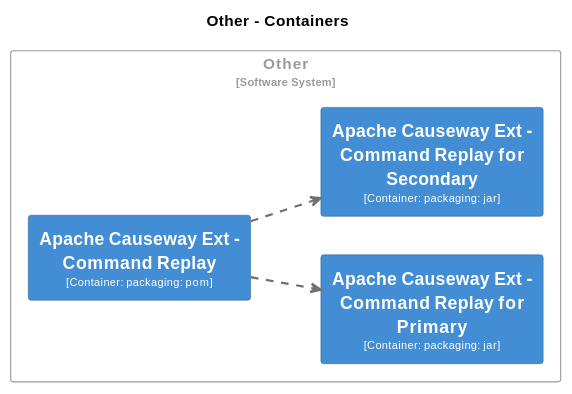
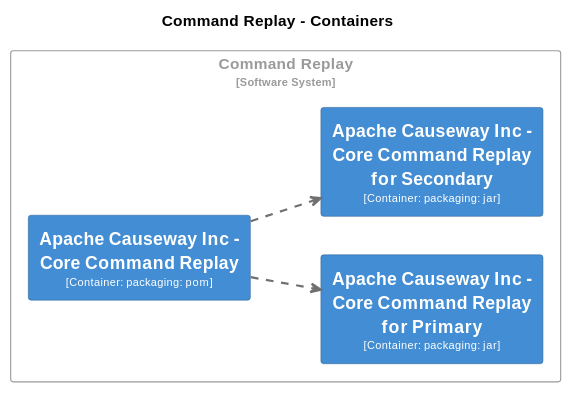
Diagram 34 of 34 in core/adoc/modules/_overview/pages/about.adoc (apache/causeway), drawn with PlantUML before and after one commit. The commit also changed other lines of this file and 104 other files, not shown here.

```diff
--- a/core/adoc/modules/_overview/pages/about.adoc
+++ b/core/adoc/modules/_overview/pages/about.adoc
@@ -7082,51 +7123,51 @@
-[plantuml,Other,svg]
+[plantuml,Command Replay,svg]
 ----
 @startuml
 set separator none
-title Other - Containers
+title Command Replay - Containers
 
 left to right direction
 
 skinparam {
   arrowFontSize 10
   defaultTextAlignment center
   wrapWidth 200
   maxMessageSize 100
 }
 
 hide stereotype
 
-skinparam rectangle<<Other.ApacheCausewayExtCommandReplay>> {
+skinparam rectangle<<CommandReplay.ApacheCausewayIncCoreCommandReplay>> {
   BackgroundColor #438dd5
   FontColor #fffffe
   BorderColor #2e6295
   shadowing false
 }
-skinparam rectangle<<Other.ApacheCausewayExtCommandReplayforPrimary>> {
+skinparam rectangle<<CommandReplay.ApacheCausewayIncCoreCommandReplayforPrimary>> {
   BackgroundColor #438dd5
   FontColor #fffffe
   BorderColor #2e6295
   shadowing false
 }
-skinparam rectangle<<Other.ApacheCausewayExtCommandReplayforSecondary>> {
+skinparam rectangle<<CommandReplay.ApacheCausewayIncCoreCommandReplayforSecondary>> {
   BackgroundColor #438dd5
   FontColor #fffffe
   BorderColor #2e6295
   shadowing false
 }
-skinparam rectangle<<Other>> {
+skinparam rectangle<<CommandReplay>> {
   BorderColor #9a9a9a
   FontColor #9a9a9a
   shadowing false
 }
 
-rectangle "Other\n<size:10>[Software System]</size>" <<Other>> {
-  rectangle "==Apache Causeway Ext - Command Replay\n<size:10>[Container: packaging: pom]</size>" <<Other.ApacheCausewayExtCommandReplay>> as Other.ApacheCausewayExtCommandReplay
-  rectangle "==Apache Causeway Ext - Command Replay for Primary\n<size:10>[Container: packaging: jar]</size>" <<Other.ApacheCausewayExtCommandReplayforPrimary>> as Other.ApacheCausewayExtCommandReplayforPrimary
-  rectangle "==Apache Causeway Ext - Command Replay for Secondary\n<size:10>[Container: packaging: jar]</size>" <<Other.ApacheCausewayExtCommandReplayforSecondary>> as Other.ApacheCausewayExtCommandReplayforSecondary
+rectangle "Command Replay\n<size:10>[Software System]</size>" <<CommandReplay>> {
+  rectangle "==Apache Causeway Inc - Core Command Replay\n<size:10>[Container: packaging: pom]</size>" <<CommandReplay.ApacheCausewayIncCoreCommandReplay>> as CommandReplay.ApacheCausewayIncCoreCommandReplay
+  rectangle "==Apache Causeway Inc - Core Command Replay for Primary\n<size:10>[Container: packaging: jar]</size>" <<CommandReplay.ApacheCausewayIncCoreCommandReplayforPrimary>> as CommandReplay.ApacheCausewayIncCoreCommandReplayforPrimary
+  rectangle "==Apache Causeway Inc - Core Command Replay for Secondary\n<size:10>[Container: packaging: jar]</size>" <<CommandReplay.ApacheCausewayIncCoreCommandReplayforSecondary>> as CommandReplay.ApacheCausewayIncCoreCommandReplayforSecondary
 }
 
-Other.ApacheCausewayExtCommandReplay .[#707070,thickness=2].> Other.ApacheCausewayExtCommandReplayforPrimary : "<color:#707070>"
-Other.ApacheCausewayExtCommandReplay .[#707070,thickness=2].> Other.ApacheCausewayExtCommandReplayforSecondary : "<color:#707070>"
+CommandReplay.ApacheCausewayIncCoreCommandReplay .[#707070,thickness=2].> CommandReplay.ApacheCausewayIncCoreCommandReplayforPrimary : "<color:#707070>"
+CommandReplay.ApacheCausewayIncCoreCommandReplay .[#707070,thickness=2].> CommandReplay.ApacheCausewayIncCoreCommandReplayforSecondary : "<color:#707070>"
 @enduml
 ----
```
